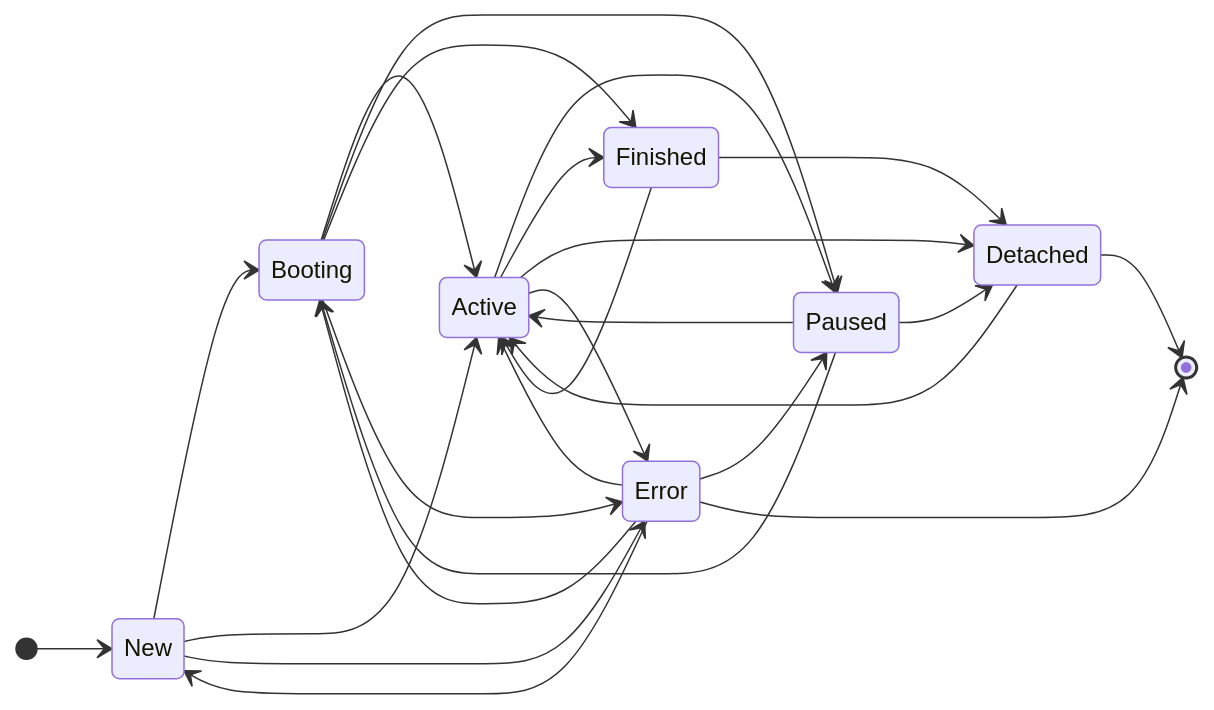
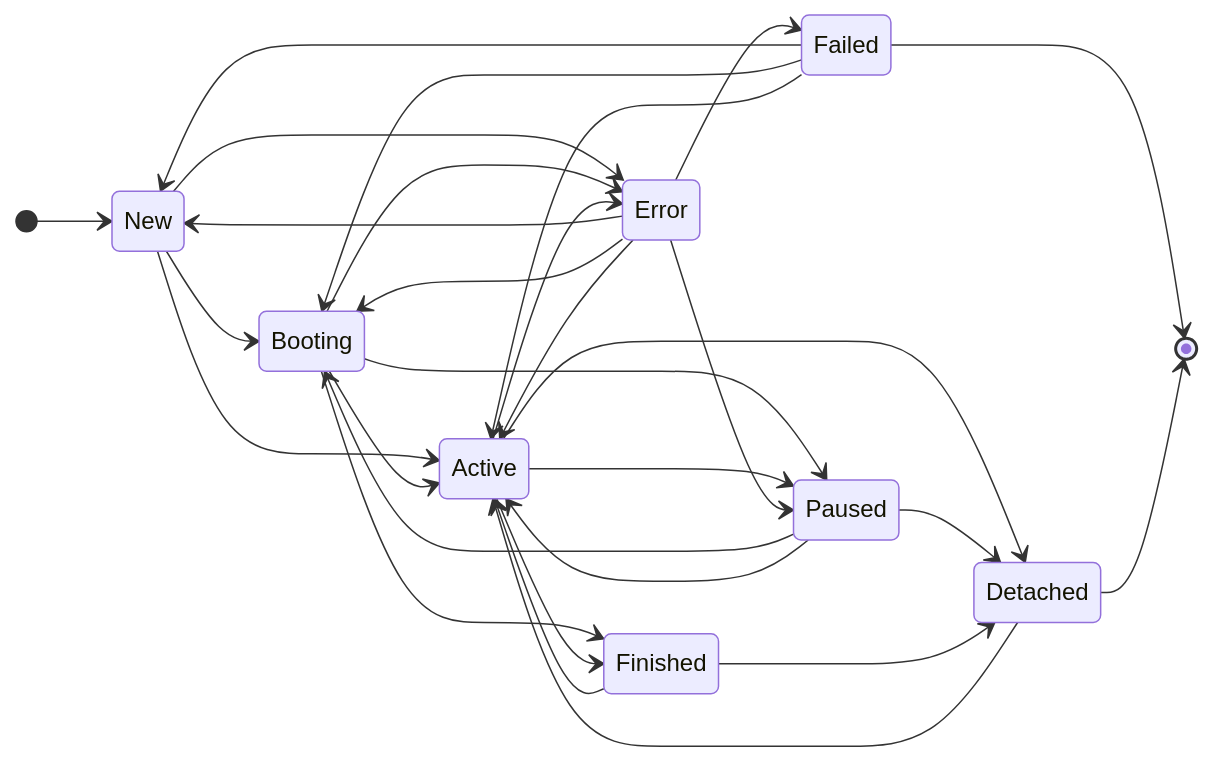
The diagram in docs/pages/subscription.md (patchlevel/event-sourcing), drawn with Mermaid before and after one commit. The commit also changed other lines of this file and 8 other files, not shown here.

````diff
--- a/docs/pages/subscription.md
+++ b/docs/pages/subscription.md
@@ -553,28 +553,32 @@
 ```mermaid
 stateDiagram-v2
     direction LR
     [*] --> New
     New --> Booting
     New --> Active
     New --> Error
     Booting --> Active
     Booting --> Paused
     Booting --> Finished
     Booting --> Error
     Active --> Paused
     Active --> Finished
     Active --> Detached
     Active --> Error
     Paused --> Booting
     Paused --> Active
     Paused --> Detached
     Finished --> Active
     Finished --> Detached
     Error --> New
     Error --> Booting
     Error --> Active
     Error --> Paused
-    Error --> [*]
+    Error --> Failed
+    Failed --> New
+    Failed --> Booting
+    Failed --> Active
+    Failed --> [*]
     Detached --> Active
     Detached --> [*]
 ```
````
